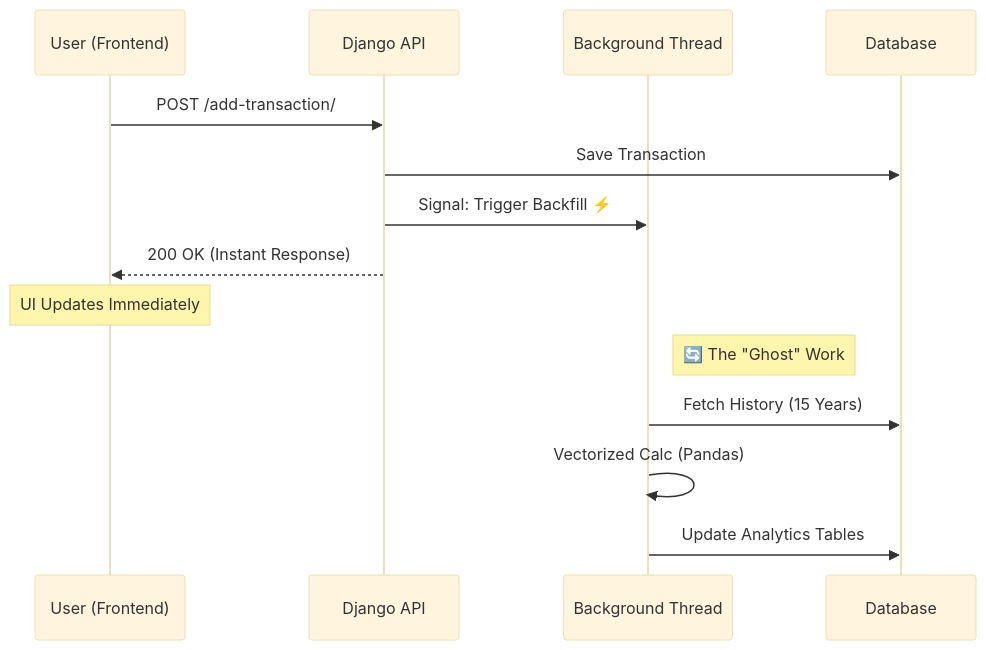
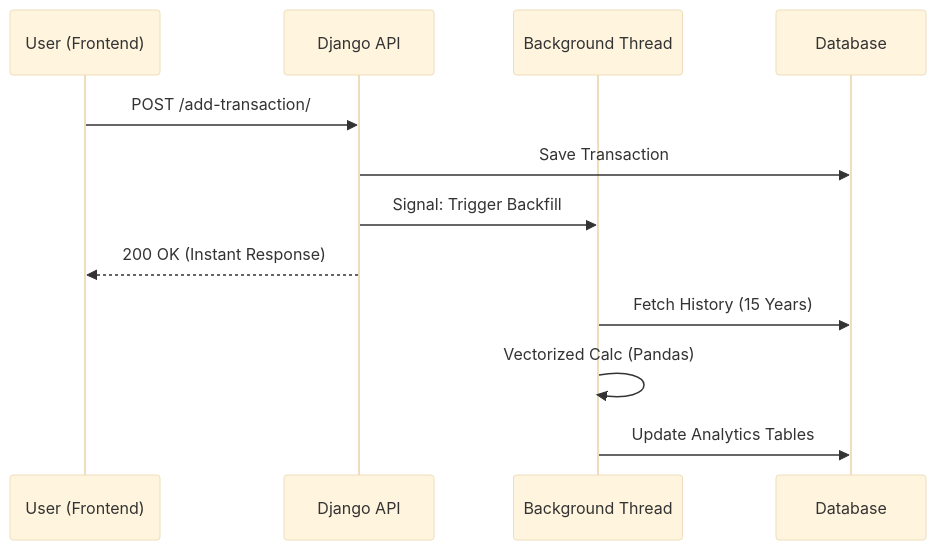
One commit to pandaa-69/PandaLedger changed the first of 2 diagrams in README.md. Above: the diagram before and after it, drawn with Mermaid (base theme). The commit also changed other lines of this file and 8 other files, not shown here.

````diff
--- a/README.md
+++ b/README.md
@@ -50,19 +39,16 @@
 ```mermaid
 sequenceDiagram
     participant U as User (Frontend)
     participant A as Django API
     participant T as Background Thread
     participant D as Database
 
     U->>A: POST /add-transaction/
     A->>D: Save Transaction
-    A->>T: Signal: Trigger Backfill ⚡
+    A->>T: Signal: Trigger Backfill
     A-->>U: 200 OK (Instant Response)
-    Note over U: UI Updates Immediately
-    
-    Note right of T: 🔄 The "Ghost" Work
+
     T->>D: Fetch History (15 Years)
     T->>T: Vectorized Calc (Pandas)
     T->>D: Update Analytics Tables
-
 ```
````
